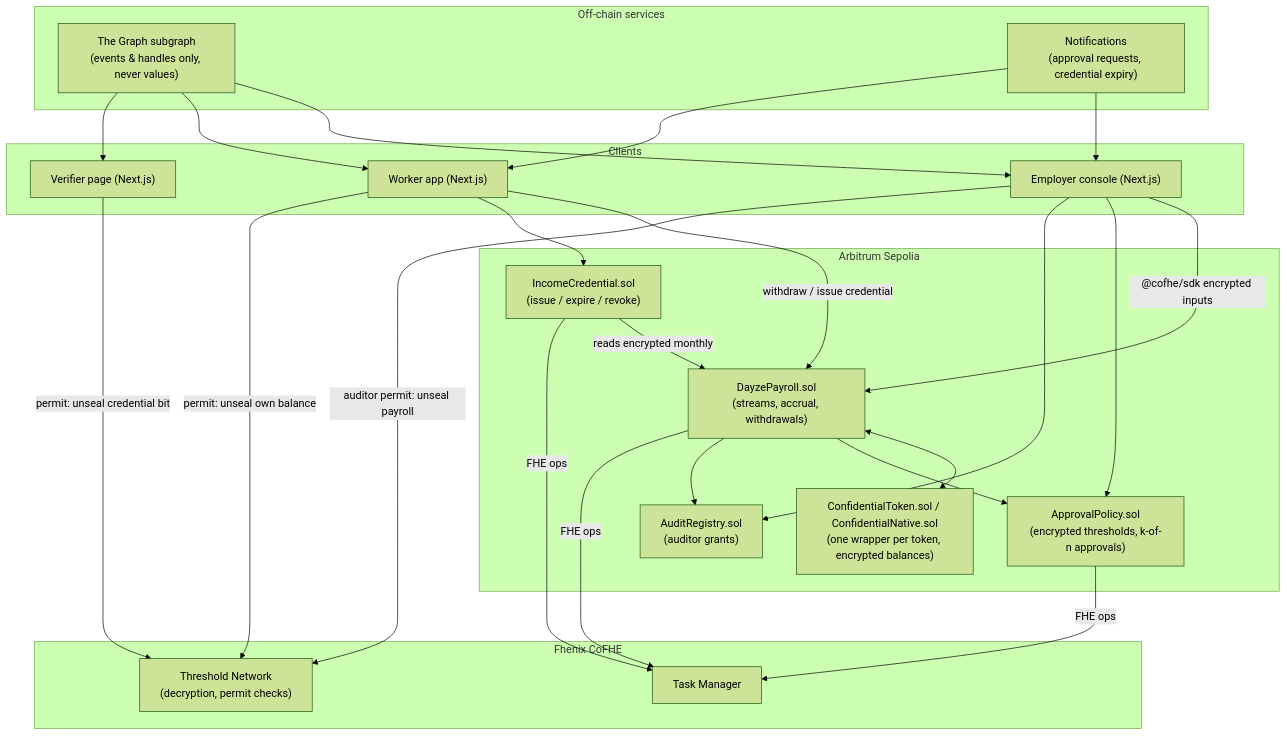
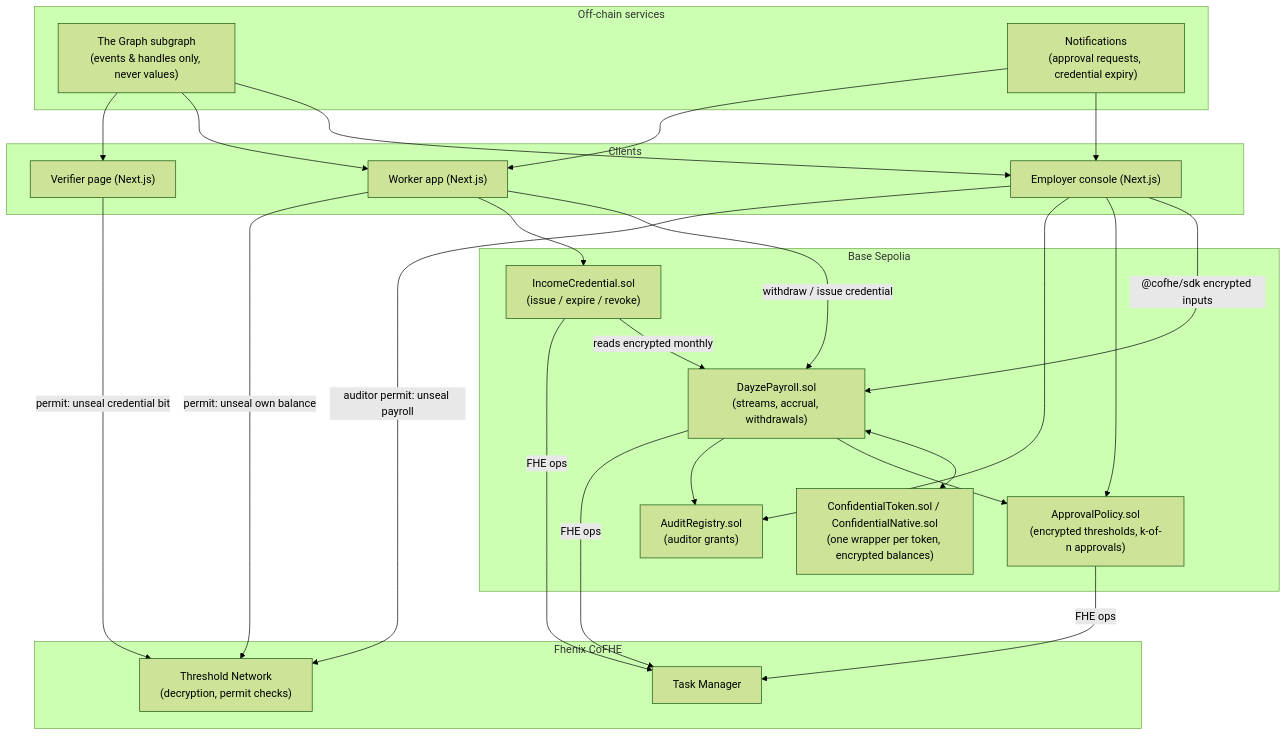
The diagram in architecture.md (Kelechikizito/dayze), drawn with Mermaid (forest theme) before and after one commit. The commit also changed other lines of this file and 26 other files, not shown here.

Commit message:
Run Dayze on Base Sepolia only, removing Arbitrum from the contracts, scripts, frontend and docs.

````diff
--- a/architecture.md
+++ b/architecture.md
@@ -78,47 +78,47 @@
 ```mermaid
 flowchart TB
     subgraph Client["Clients"]
         EMP["Employer console (Next.js)"]
         WRK["Worker app (Next.js)"]
         VRF["Verifier page (Next.js)"]
     end
 
     subgraph Off["Off-chain services"]
         IDX["The Graph subgraph\n(events & handles only, never values)"]
         NOTIF["Notifications\n(approval requests, credential expiry)"]
     end
 
-    subgraph Chain["Arbitrum Sepolia"]
+    subgraph Chain["Base Sepolia"]
         PAY["DayzePayroll.sol\n(streams, accrual, withdrawals)"]
         CUSDC["ConfidentialToken.sol / ConfidentialNative.sol\n(one wrapper per token, encrypted balances)"]
         POL["ApprovalPolicy.sol\n(encrypted thresholds, k-of-n approvals)"]
         AUD["AuditRegistry.sol\n(auditor grants)"]
         CRED["IncomeCredential.sol\n(issue / expire / revoke)"]
     end
 
     subgraph FHE["Fhenix CoFHE"]
         TM["Task Manager"]
         TN["Threshold Network\n(decryption, permit checks)"]
     end
 
     EMP -->|"@cofhe/sdk encrypted inputs"| PAY
     EMP --> POL
     EMP --> AUD
     WRK -->|withdraw / issue credential| PAY
     WRK --> CRED
     PAY <--> CUSDC
     PAY --> POL
     PAY --> AUD
     CRED -->|reads encrypted monthly| PAY
     PAY -->|FHE ops| TM
     POL -->|FHE ops| TM
     CRED -->|FHE ops| TM
     WRK -->|permit: unseal own balance| TN
     VRF -->|permit: unseal credential bit| TN
     EMP -->|auditor permit: unseal payroll| TN
     IDX --> EMP
     IDX --> WRK
     IDX --> VRF
     NOTIF --> EMP
     NOTIF --> WRK
 ```
````
